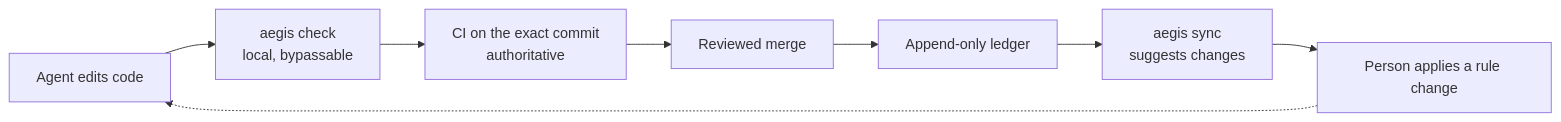
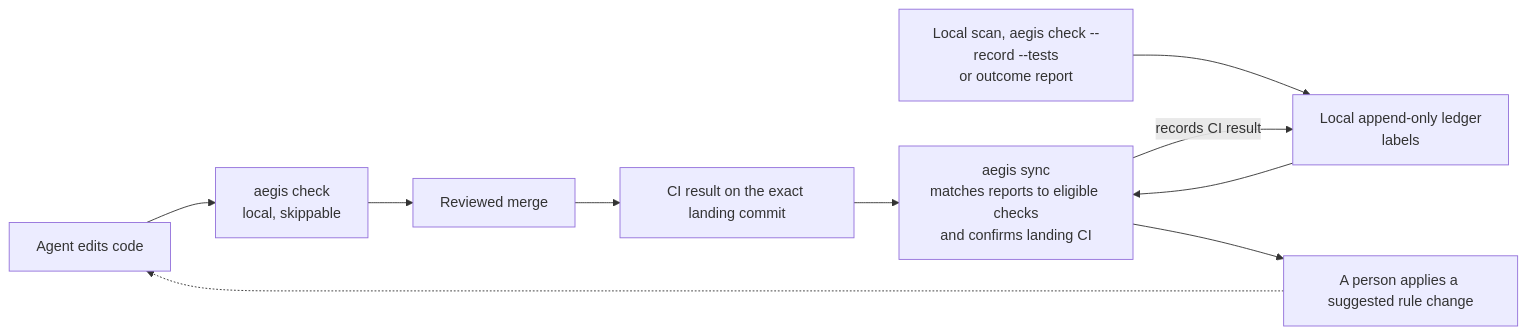
One commit to nseney1/Aegis-Guardrails changed the diagram in docs/why-aegis.md. Above: the diagram before and after it, drawn with Mermaid. The commit also changed other lines of this file and 10 other files, not shown here.

````diff
--- a/docs/why-aegis.md
+++ b/docs/why-aegis.md
@@ -137,10 +122,12 @@
 ```mermaid
 flowchart LR
-    A["Agent edits code"] --> B["aegis check<br/>local, bypassable"]
-    B --> C["CI on the exact commit<br/>authoritative"]
-    C --> D["Reviewed merge"]
-    D --> E["Append-only ledger"]
-    E --> F["aegis sync<br/>suggests changes"]
-    F --> G["Person applies a rule change"]
+    A["Agent edits code"] --> B["aegis check<br/>local, skippable"]
+    B --> C["Reviewed merge"]
+    C --> D["CI result on the exact landing commit"]
+    L["Local scan, aegis check --record --tests<br/>or outcome report"] --> E["Local append-only ledger<br/>labels"]
+    E --> F["aegis sync<br/>matches reports to eligible checks<br/>and confirms landing CI"]
+    D --> F
+    F -->|records CI result| E
+    F --> G["A person applies a suggested rule change"]
     G -.-> A
 ```
````
